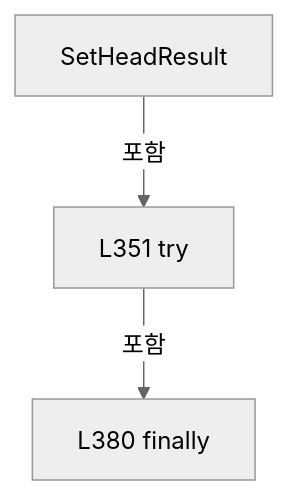
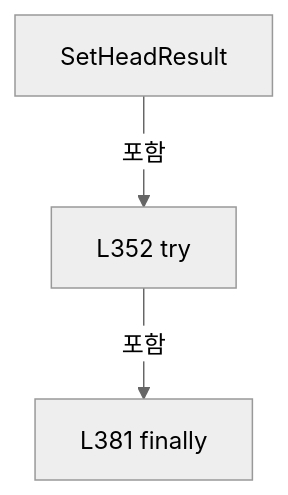
One commit to kjuws10-rgb/Shared changed the eighth of 27 diagrams in A3 LD Code Ref/files/Drilling.Common/Product/CProductManager.cs.md. Above: the diagram before and after it, drawn with Mermaid (neutral theme). The commit also changed other lines of this file and 8055 other files, not shown here.

Commit message:
docs(a3): trace Stage Glass Data and refresh architecture and full code reference

````diff
--- a/A3 LD Code Ref/files/Drilling.Common/Product/CProductManager.cs.md
+++ b/A3 LD Code Ref/files/Drilling.Common/Product/CProductManager.cs.md
@@ -1295,8 +1296,8 @@
 ```mermaid
 flowchart TD
  M["SetHeadResult"]
- N0["L351 try"]
+ N0["L352 try"]
  M -->|포함| N0
- N1["L380 finally"]
+ N1["L381 finally"]
  N0 -->|포함| N1
 ```
````
